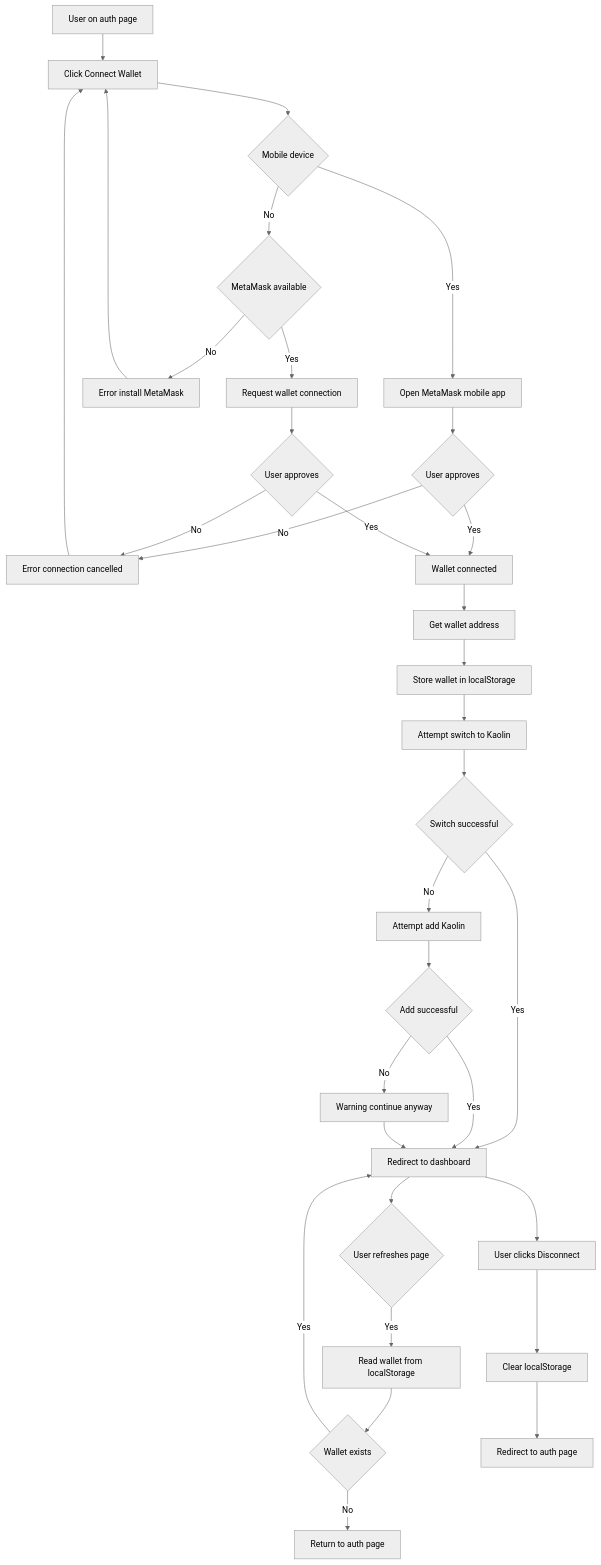
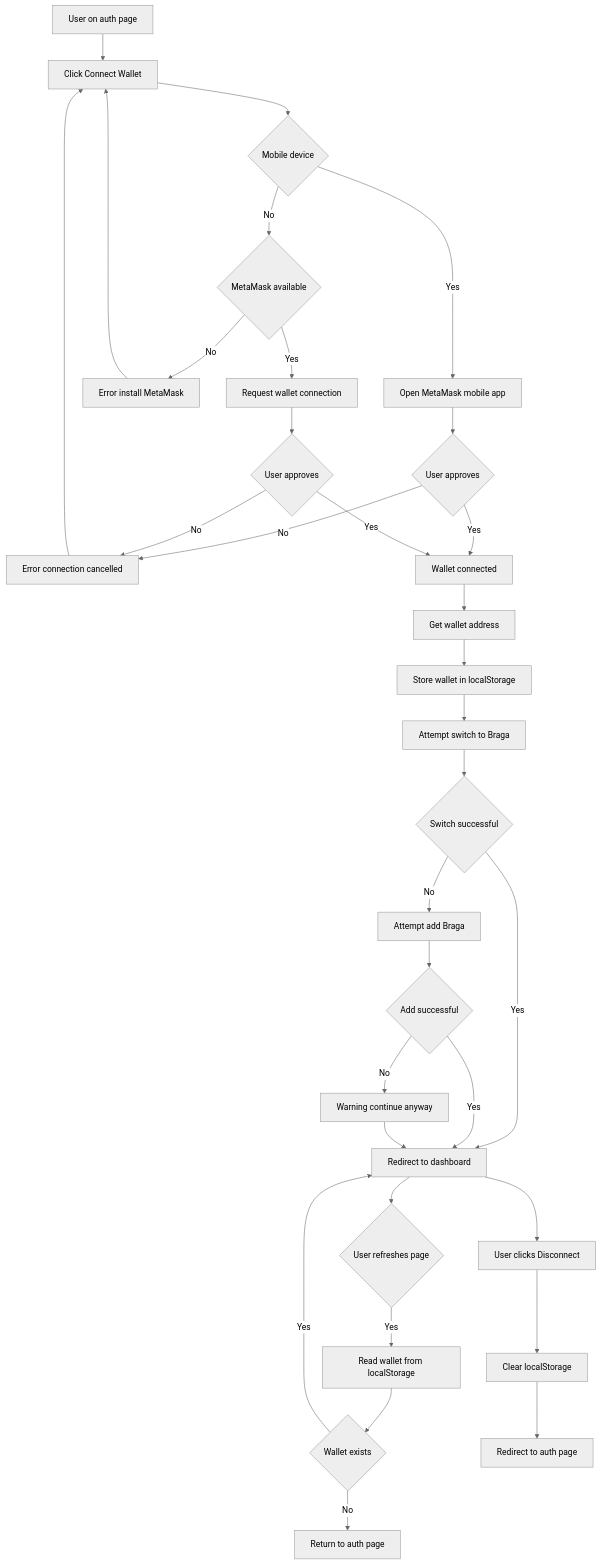
One commit to understories/p2pmentor changed the first of 2 diagrams in docs/betadocs/arkiv/operations/wallet-authentication-flow.md. Above: the diagram before and after it, drawn with Mermaid (neutral theme). The commit also changed other lines of this file and 89 other files, not shown here.

First line of the commit message:
refactor: migrate from Kaolin to Braga testnet

````diff
--- a/docs/betadocs/arkiv/operations/wallet-authentication-flow.md
+++ b/docs/betadocs/arkiv/operations/wallet-authentication-flow.md
@@ -14,41 +14,41 @@
 ```mermaid
 flowchart TD
   A[User on auth page] --> B[Click Connect Wallet]
 
   B --> C{Mobile device}
   C -- Yes --> D[Open MetaMask mobile app]
   D --> E{User approves}
   E -- No --> E1[Error connection cancelled]
   E1 --> B
   E -- Yes --> F[Wallet connected]
 
   C -- No --> G{MetaMask available}
   G -- No --> G1[Error install MetaMask]
   G1 --> B
   G -- Yes --> H[Request wallet connection]
   H --> I{User approves}
   I -- No --> E1
   I -- Yes --> F
 
   F --> J[Get wallet address]
   J --> K[Store wallet in localStorage]
 
-  K --> L[Attempt switch to Kaolin]
+  K --> L[Attempt switch to Braga]
   L --> M{Switch successful}
   M -- Yes --> N[Redirect to dashboard]
-  M -- No --> O[Attempt add Kaolin]
+  M -- No --> O[Attempt add Braga]
   O --> P{Add successful}
   P -- Yes --> N
   P -- No --> Q[Warning continue anyway]
   Q --> N
 
   N --> R{User refreshes page}
   R -- Yes --> S[Read wallet from localStorage]
   S --> T{Wallet exists}
   T -- Yes --> N
   T -- No --> U[Return to auth page]
 
   N --> V[User clicks Disconnect]
   V --> W[Clear localStorage]
   W --> X[Redirect to auth page]
 ```
````
